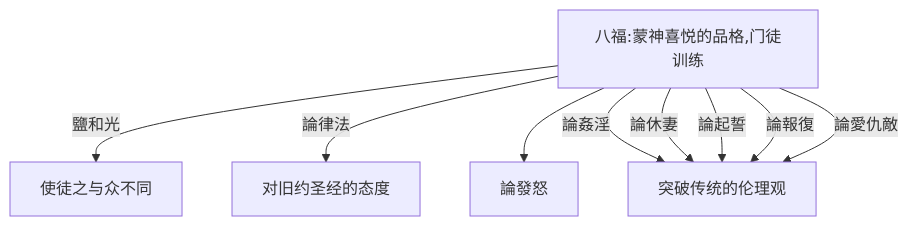
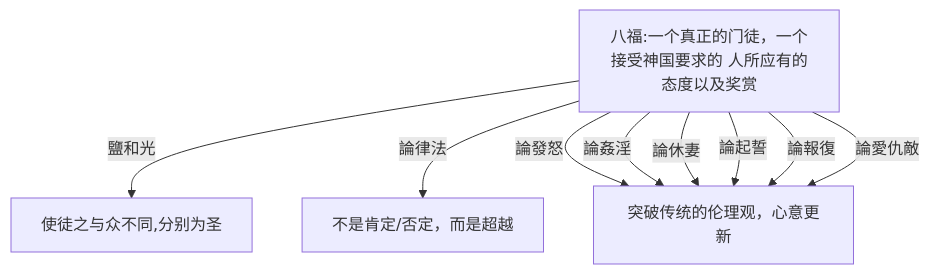
Before and after one commit to whysolution/bible_reading: the fourth of 4 diagrams in Matthew.md, drawn with Mermaid. The commit also changed other lines of this file, not shown here.

````diff
--- a/Matthew.md
+++ b/Matthew.md
@@ -445,13 +449,13 @@
 ```mermaid
 flowchart TD
-B[八福:蒙神喜悦的品格,门徒训练]
-C[突破传统的伦理观]
-B--鹽和光-->使徒之与众不同
-B--論律法-->对旧约圣经的态度
-B-->論發怒
+B[八福:一个真正的门徒，一个接受神国要求的 人所应有的态度以及奖赏]
+C[突破传统的伦理观，心意更新]
+B--鹽和光-->A[使徒之与众不同,分别为圣]
+B--論律法-->D[不是肯定/否定，而是超越]
+B--論發怒-->C
 B--論姦淫-->C
 B--論休妻-->C
 B--論起誓-->C
 B--論報復-->C
 B--論愛仇敵-->C
 ```
````
